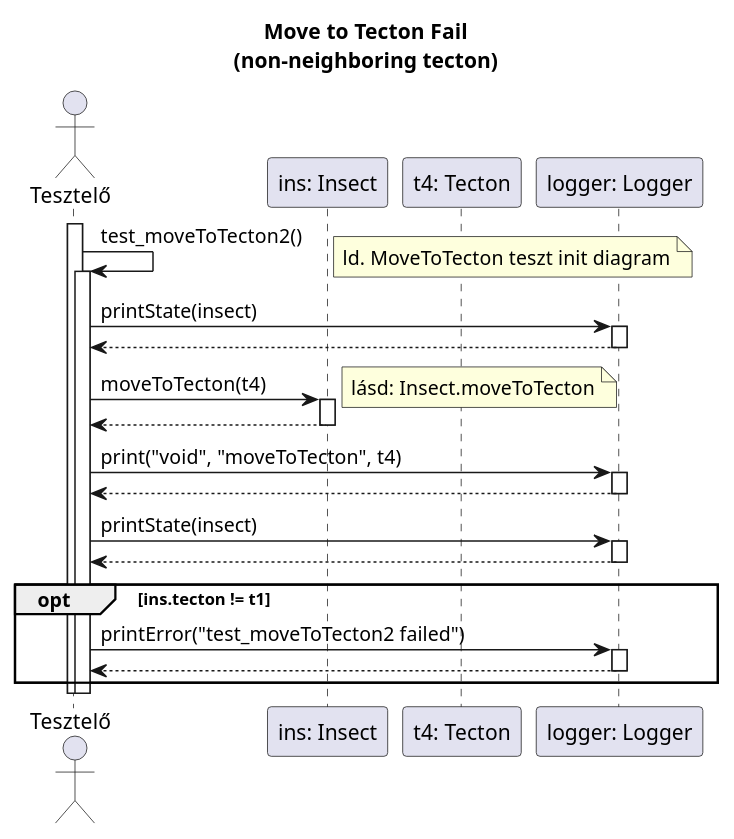
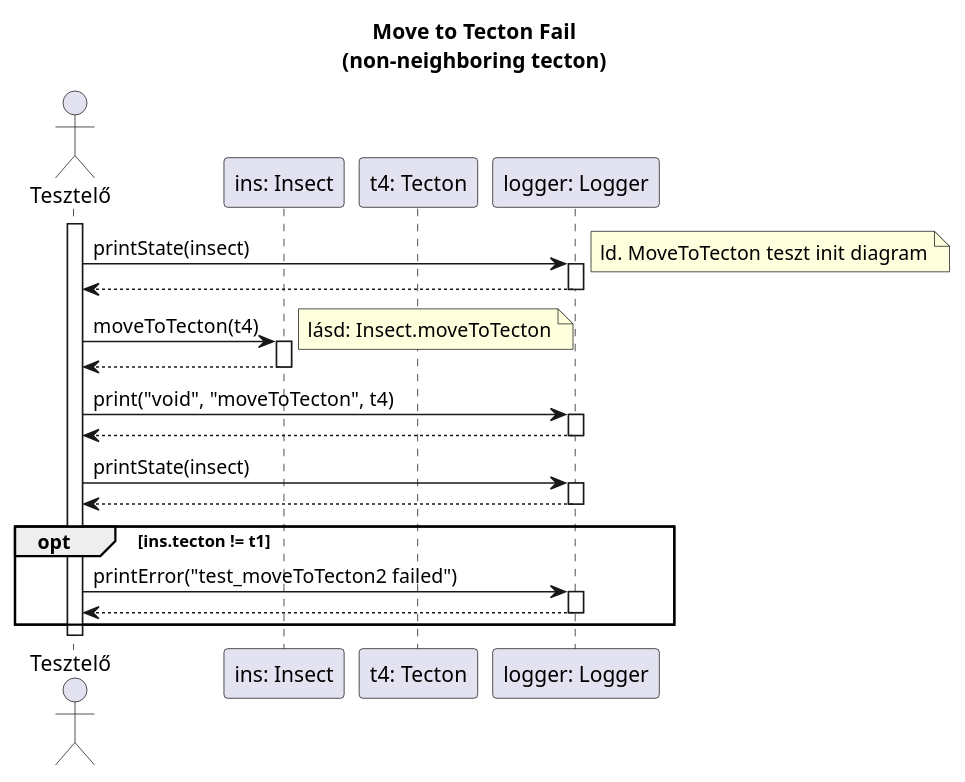
Before and after one commit to dzsem/projlab: the diagram in diagrams/test-sequence/insect/moveToTecton2.plantuml, drawn with PlantUML. The commit also changed 5 other files, not shown here.

```diff
--- a/diagrams/test-sequence/insect/moveToTecton2.plantuml
+++ b/diagrams/test-sequence/insect/moveToTecton2.plantuml
@@ -1,51 +1,48 @@
 @startuml test_moveToTecton2
 
 title Move to Tecton Fail\n(non-neighboring tecton)
 
 actor "Tesztelő" as t
 participant "ins: Insect" as i
 participant "t4: Tecton" as t4
 participant "logger: Logger" as logger
 
 activate t
-t -> t: test_moveToTecton2()
+
+t -> logger: printState(insect)
 note right: ld. MoveToTecton teszt init diagram
-activate t
+activate logger
 
-	t -> logger: printState(insect)
+t <-- logger
+deactivate logger
+
+t -> i: moveToTecton(t4)
+activate i
+note right: lásd: Insect.moveToTecton
+
+t <-- i
+deactivate i
+
+t -> logger: print("void", "moveToTecton", t4)
+activate logger
+
+t <-- logger
+deactivate logger
+
+t -> logger: printState(insect)
+activate logger
+t <-- logger
+deactivate logger
+
+opt ins.tecton != t1
+	t -> logger: printError("test_moveToTecton2 failed")
 	activate logger
 
 	t <-- logger
 	deactivate logger
+end
 
-	t -> i: moveToTecton(t4)
-	activate i
-	note right: lásd: Insect.moveToTecton
-
-	t <-- i
-	deactivate i
-
-	t -> logger: print("void", "moveToTecton", t4)
-	activate logger
-
-	t <-- logger
-	deactivate logger
-
-	t -> logger: printState(insect)
-	activate logger
-	t <-- logger
-	deactivate logger
-
-	opt ins.tecton != t1
-		t -> logger: printError("test_moveToTecton2 failed")
-		activate logger
-
-		t <-- logger
-		deactivate logger
-	end
-
-	deactivate t
 deactivate t
 
 
 @enduml
```
